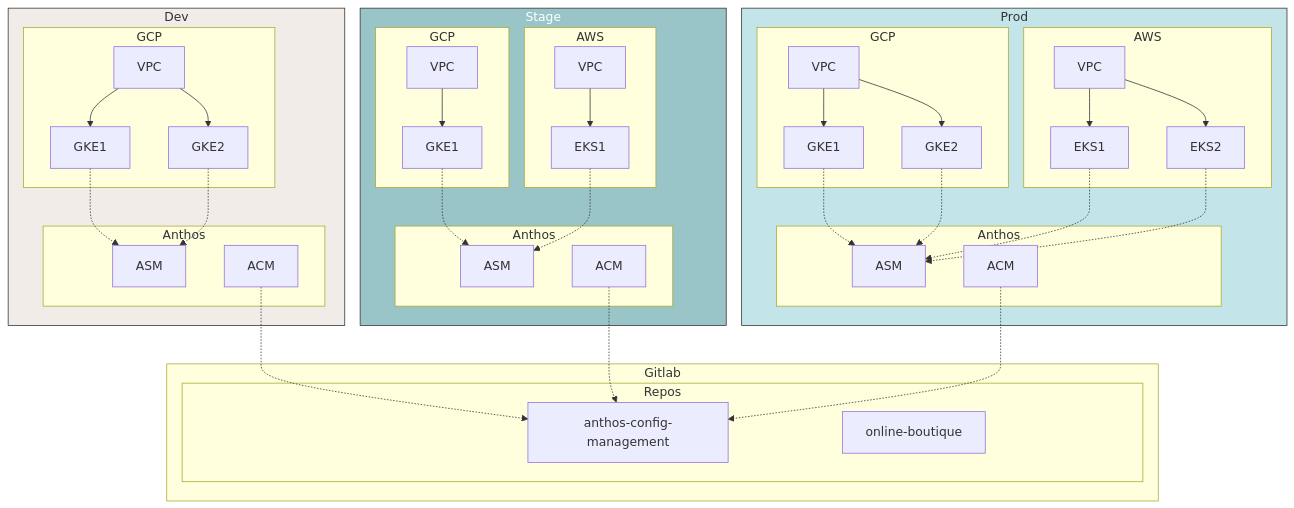
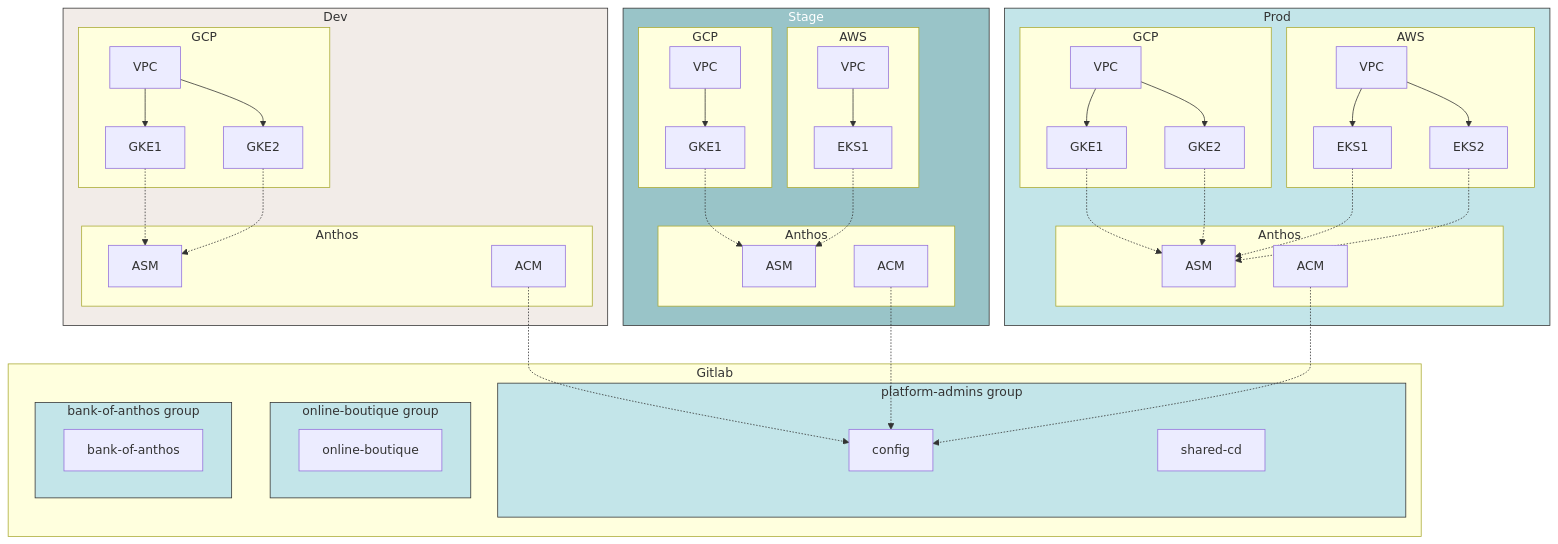
The first of 3 diagrams in README.md (swalker-sada/anthos-practice), drawn with Mermaid before and after one commit. The commit also changed other lines of this file and 1602 other files, not shown here.

Commit message:
Update platform_admins/docs/img/multicluster-cd-pipeline-success.png, platform_admins/docs/multicluster-cd.md files

````diff
--- a/README.md
+++ b/README.md
@@ -7,67 +7,73 @@
 ```mermaid
 %%{init: { 'theme': 'default' } }%%
 graph TD
 classDef dev fill:#F2ECE8,stroke:#333,stroke-width:1px;
 classDef stage fill:#99C4C8,color:#fff,stroke:#333,stroke-width:1px;
 classDef prod fill:#C3E5E9,stroke:#333,stroke-width:1px;
 classDef anthos fill:#E7ECEF,stroke:#333,stroke-width:1px;
 
 subgraph Prod
   subgraph prodgcp[GCP]
     prodgcpvpc[VPC] --> prodgcpgke1[GKE1]
     prodgcpvpc --> prodgcpgke2[GKE2]
   end
   subgraph prodaws[AWS]
     prodawsvpc[VPC] --> prodawseks1[EKS1]
     prodawsvpc --> prodawseks2[EKS2]
   end
   subgraph prodanthos[Anthos]
     prodgcpgke1 -.-> prodasm[ASM]
     prodgcpgke2 -.-> prodasm
     prodawseks1 -.-> prodasm
     prodawseks2 -.-> prodasm
     prodacm[ACM]
   end
 end
 
 subgraph Stage
   subgraph stagegcp[GCP]
     stagegcpvpc[VPC] --> stagegcpgke1[GKE1]
   end
   subgraph stageaws[AWS]
     stageawsvpc[VPC] --> stageawseks1[EKS1]
   end
   subgraph stageanthos[Anthos]
     stagegcpgke1 -.-> stageasm[ASM]
     stageawseks1 -.-> stageasm
     stageacm[ACM]
   end
 end
 
 subgraph Dev
   subgraph devgcp[GCP]
     devgcpvpc[VPC] --> devgcpgke1[GKE1]
     devgcpvpc --> devgcpgke2[GKE2]
   end
   subgraph devanthos[Anthos]
     devgcpgke1 -.-> devasm[ASM]
     devgcpgke2 -.-> devasm
     devacm[ACM]
   end
 end
 
 subgraph Gitlab
-  subgraph Repos
-    acmrepo[anthos-config-management]
+  subgraph platform-admins-group[platform-admins group]
+    acmrepo[config]
+    sharedcdrepo[shared-cd]
+  end
+  subgraph online-boutique-group[online-boutique group]
     obrepo[online-boutique]
+  end
+  subgraph bank-of-anthos-group[bank-of-anthos group]
+    boarepo[bank-of-anthos]
   end
 end
 devacm -.-> acmrepo
 stageacm -.-> acmrepo
 prodacm -.-> acmrepo
 
-class Prod prod;
+class Prod,platform-admins-group,online-boutique-group,bank-of-anthos-group prod;
 class Stage stage;
 class Dev dev;
 
 ```
````
